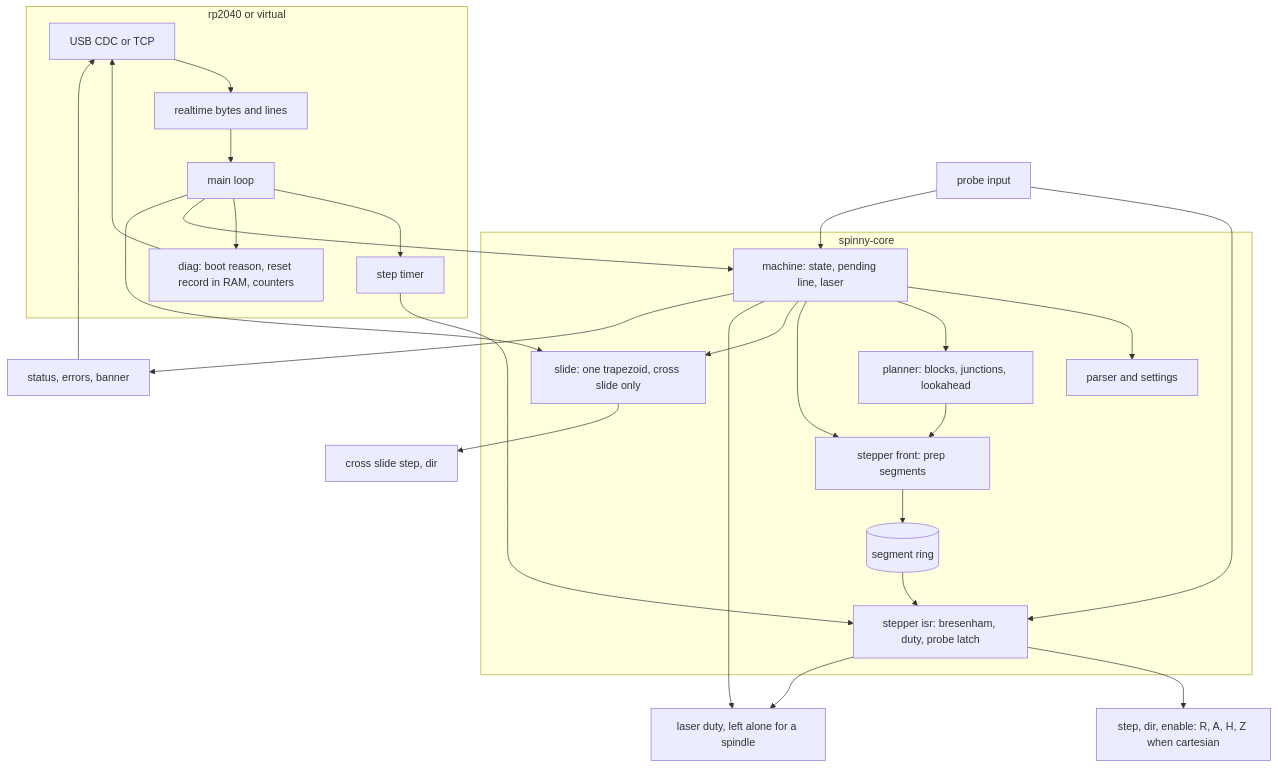
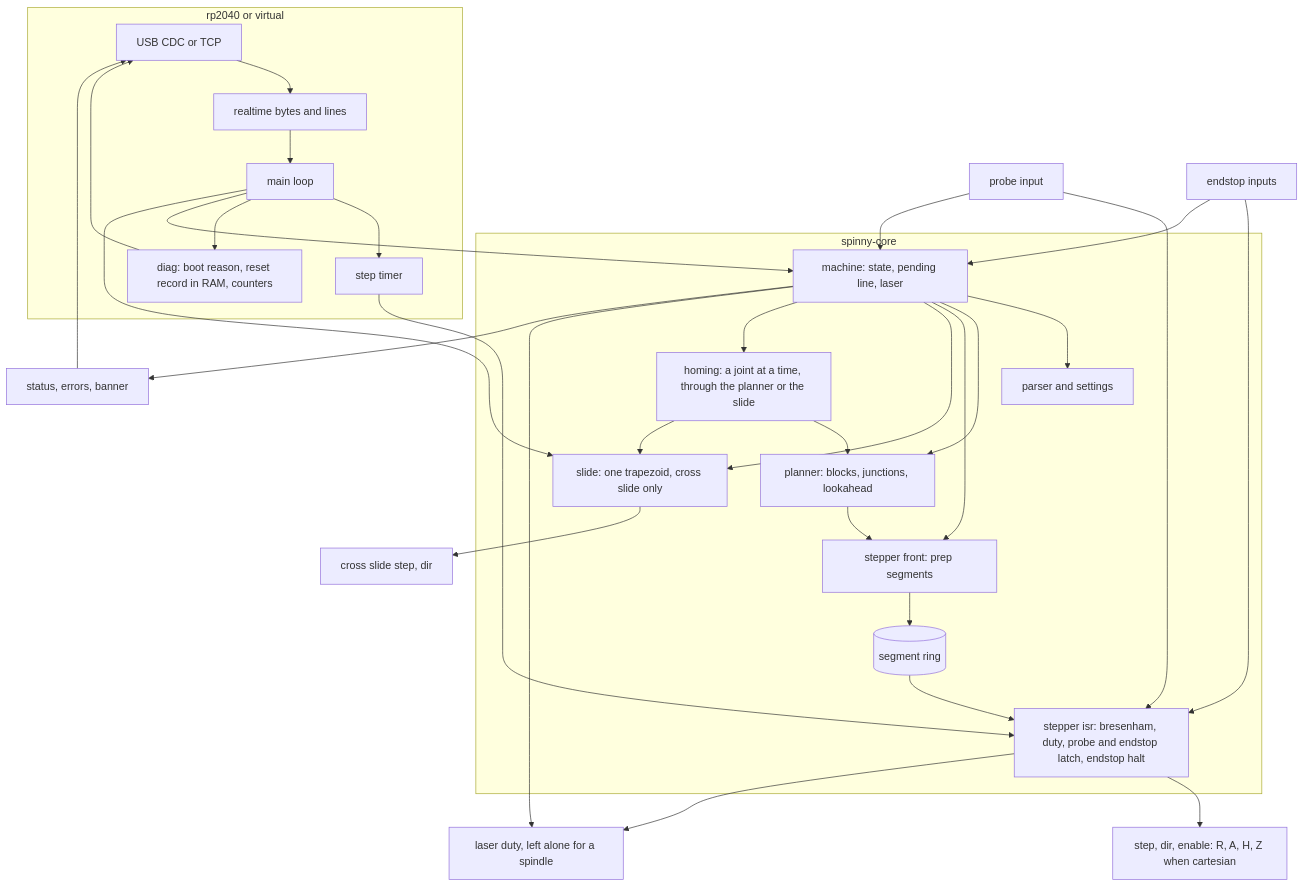
The diagram in firmware/README.md (tmpk13/spinny-cnc), drawn with Mermaid before and after one commit. The commit also changed other lines of this file and 8 other files, not shown here.

````diff
--- a/firmware/README.md
+++ b/firmware/README.md
@@ -103,29 +104,34 @@
 ```mermaid
 flowchart TB
     subgraph port [rp2040 or virtual]
         IO[USB CDC or TCP] --> LINES[realtime bytes and lines]
         LINES --> LOOP[main loop]
         LOOP --> TIMER[step timer]
         LOOP --> DIAG[diag: boot reason, reset record in RAM, counters]
         DIAG --> IO
     end
     subgraph core [spinny-core]
         LOOP --> MACHINE[machine: state, pending line, laser]
         MACHINE --> PARSER[parser and settings]
         MACHINE --> PLANNER[planner: blocks, junctions, lookahead]
         MACHINE --> FRONT[stepper front: prep segments]
         MACHINE --> SLIDE[slide: one trapezoid, cross slide only]
+        MACHINE --> HOME[homing: a joint at a time, through the planner or the slide]
+        HOME --> PLANNER
+        HOME --> SLIDE
         PLANNER --> FRONT
         FRONT --> RING[(segment ring)]
-        RING --> ISR[stepper isr: bresenham, duty, probe latch]
+        RING --> ISR[stepper isr: bresenham, duty, probe and endstop latch, endstop halt]
         TIMER --> ISR
     end
     ISR --> PINS[step, dir, enable: R, A, H, Z when cartesian]
     PROBE[probe input] --> ISR
     PROBE --> MACHINE
+    STOPS[endstop inputs] --> ISR
+    STOPS --> MACHINE
     LOOP --> SLIDE
     SLIDE --> ZPINS[cross slide step, dir]
     ISR --> PWM[laser duty, left alone for a spindle]
     MACHINE --> PWM
     MACHINE --> REPORT[status, errors, banner] --> IO
 ```
````
